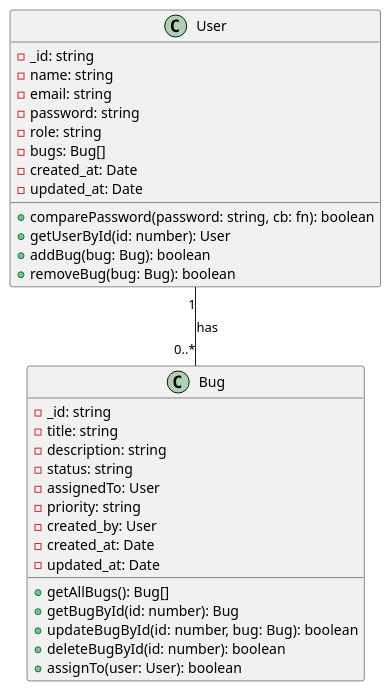
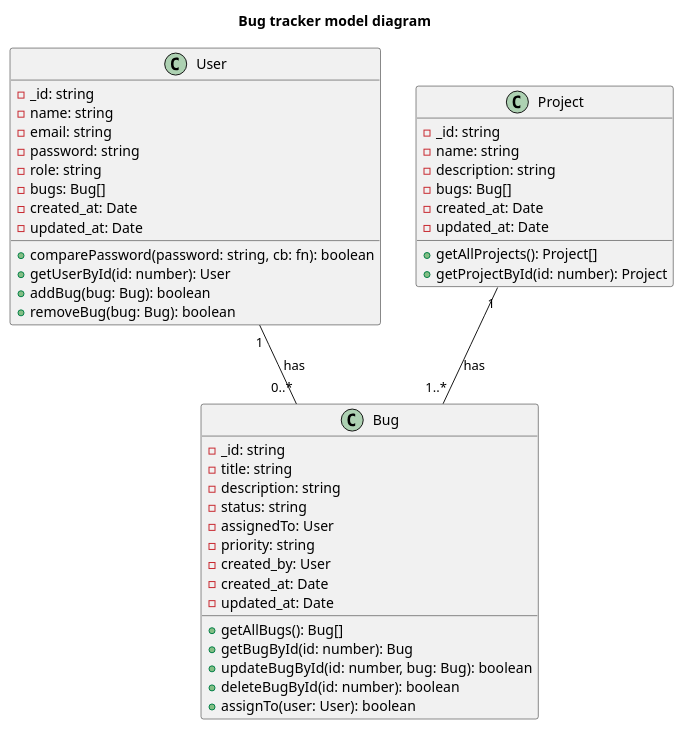
One commit to devulogi/bug-tracker changed the diagram in docs/BugTracking.puml. Above: the diagram before and after it, drawn with PlantUML.

Commit message:
Update puml to include Project uml

```diff
--- a/docs/BugTracking.puml
+++ b/docs/BugTracking.puml
@@ -1,37 +1,53 @@
 @startuml
+
+title Bug tracker model diagram
 
 class User {
     - _id: string
     - name: string
     - email: string
     - password: string
     - role: string
     - bugs: Bug[]
     - created_at: Date
     - updated_at: Date
     + comparePassword(password: string, cb: fn): boolean
     + getUserById(id: number): User
     + addBug(bug: Bug): boolean
     + removeBug(bug: Bug): boolean
 }
 
 class Bug {
     - _id: string
     - title: string
     - description: string
     - status: string
     - assignedTo: User
     - priority: string
     - created_by: User
     - created_at: Date
     - updated_at: Date
     + getAllBugs(): Bug[]
     + getBugById(id: number): Bug
     + updateBugById(id: number, bug: Bug): boolean
     + deleteBugById(id: number): boolean
     + assignTo(user: User): boolean
 }
 
+class Project {
+    - _id: string
+    - name: string
+    - description: string
+    - bugs: Bug[]
+    - created_at: Date
+    - updated_at: Date
+    + getAllProjects(): Project[]
+    + getProjectById(id: number): Project
+}
+
 User "1" -- "0..*" Bug : has
 
+Project "1" -- "1..*" Bug : has
+
+
 @enduml
```
